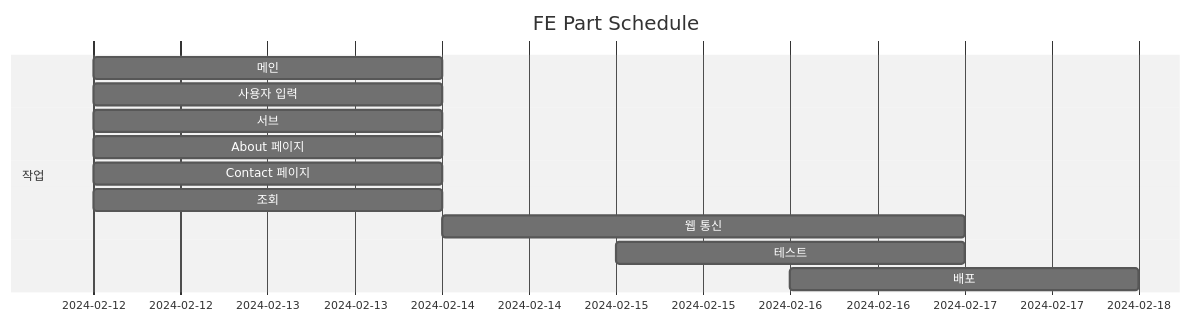
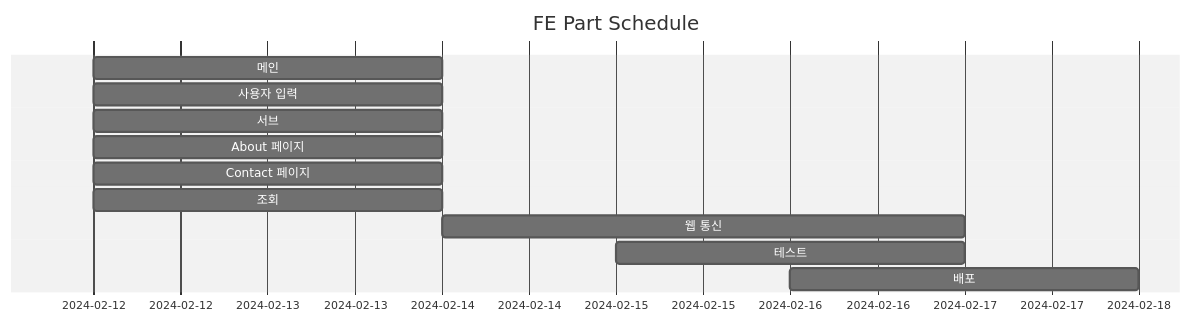
One commit to TheRealParkJoohyung/product-pricing changed the second of 2 diagrams in README.md. Above: the diagram before and after it, drawn with Mermaid (neutral theme).

````diff
--- a/README.md
+++ b/README.md
@@ -61,17 +61,16 @@
 ```mermaid
 gantt
     todayMarker off
     title FE Part Schedule
     dateFormat YYYY-MM-DD
-    section 작업
         메인 :2024-02-12, 2d
         사용자 입력 :2024-02-12, 2d
         서브 :2024-02-12, 2d
         About 페이지 :2024-02-12, 2d
         Contact 페이지 :2024-02-12, 2d
         조회 :2024-02-12, 2d
         웹 통신 :2024-02-14, 3d
         테스트 :2024-02-15, 2d
         배포 :2024-02-16, 2d
 
 ```
````
